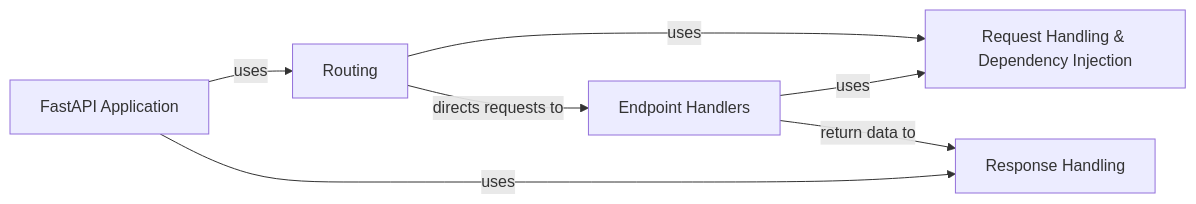
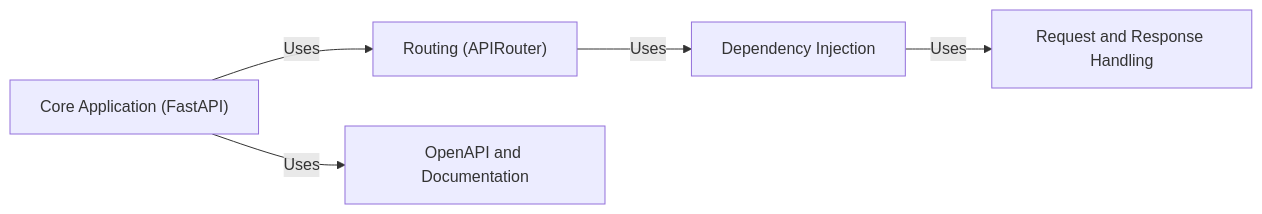
Before and after one commit to CodeBoarding/GeneratedOnBoardings: the diagram in fastapi/on_boarding.md, drawn with Mermaid. The commit also changed other lines of this file and 5 other files, not shown here.

````diff
--- a/fastapi/on_boarding.md
+++ b/fastapi/on_boarding.md
@@ -1,16 +1,15 @@
 ```mermaid
 graph LR
-    FastAPI_Application["FastAPI Application"]
-    Routing["Routing"]
-    Request_Handling_Dependency_Injection["Request Handling & Dependency Injection"]
-    Endpoint_Handlers["Endpoint Handlers"]
-    Response_Handling["Response Handling"]
-    FastAPI_Application -- "uses" --> Routing
-    Routing -- "uses" --> Request_Handling_Dependency_Injection
-    Routing -- "directs requests to" --> Endpoint_Handlers
-    Endpoint_Handlers -- "uses" --> Request_Handling_Dependency_Injection
-    Endpoint_Handlers -- "return data to" --> Response_Handling
-    FastAPI_Application -- "uses" --> Response_Handling
-    click Endpoint_Handlers href "https://github.com/CodeBoarding/GeneratedOnBoardings/blob/main/fastapi/Endpoint_Handlers.md" "Details"
-    click Response_Handling href "https://github.com/CodeBoarding/GeneratedOnBoardings/blob/main/fastapi/Response_Handling.md" "Details"
+    Core_Application_FastAPI_["Core Application (FastAPI)"]
+    Routing_APIRouter_["Routing (APIRouter)"]
+    Dependency_Injection["Dependency Injection"]
+    Request_and_Response_Handling["Request and Response Handling"]
+    OpenAPI_and_Documentation["OpenAPI and Documentation"]
+    Core_Application_FastAPI_ -- "Uses" --> Routing_APIRouter_
+    Core_Application_FastAPI_ -- "Uses" --> OpenAPI_and_Documentation
+    Routing_APIRouter_ -- "Uses" --> Dependency_Injection
+    Dependency_Injection -- "Uses" --> Request_and_Response_Handling
+    click Dependency_Injection href "https://github.com/CodeBoarding/GeneratedOnBoardings/blob/main/fastapi/Dependency_Injection.md" "Details"
+    click Request_and_Response_Handling href "https://github.com/CodeBoarding/GeneratedOnBoardings/blob/main/fastapi/Request_and_Response_Handling.md" "Details"
+    click OpenAPI_and_Documentation href "https://github.com/CodeBoarding/GeneratedOnBoardings/blob/main/fastapi/OpenAPI_and_Documentation.md" "Details"
 ```
````
